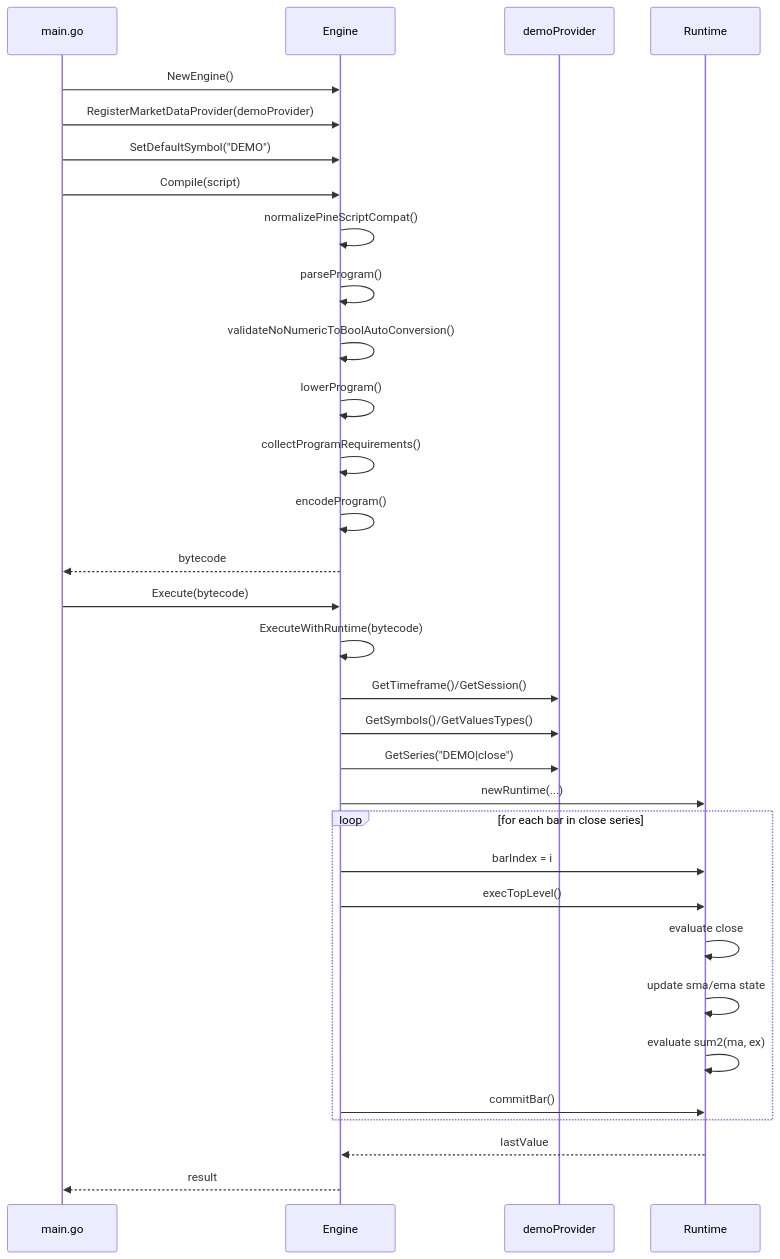
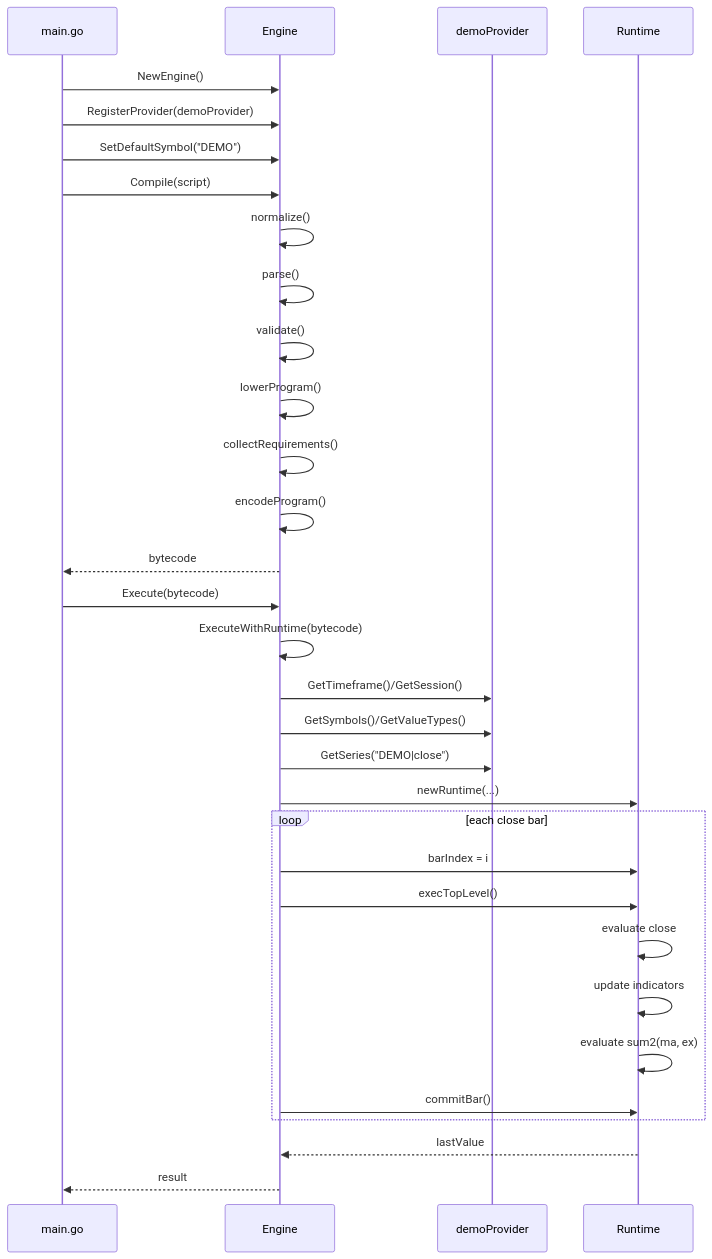
One commit to woodstock-tokyo/pinescription changed the second of 2 diagrams in README.md. Above: the diagram before and after it, drawn with Mermaid. The commit also changed other lines of this file, not shown here.

````diff
--- a/README.md
+++ b/README.md
@@ -232,38 +233,39 @@
 ```mermaid
+%%{init: {"themeVariables": {"fontSize": "12px"}, "sequence": {"diagramMarginX": 20, "diagramMarginY": 10, "messageMargin": 10}} }%%
 sequenceDiagram
 	participant App as main.go
 	participant Eng as Engine
 	participant Prov as demoProvider
 	participant RT as Runtime
 
 	App->>Eng: NewEngine()
-	App->>Eng: RegisterMarketDataProvider(demoProvider)
+	App->>Eng: RegisterProvider(demoProvider)
 	App->>Eng: SetDefaultSymbol("DEMO")
 	App->>Eng: Compile(script)
-	Eng->>Eng: normalizePineScriptCompat()
-	Eng->>Eng: parseProgram()
-	Eng->>Eng: validateNoNumericToBoolAutoConversion()
+	Eng->>Eng: normalize()
+	Eng->>Eng: parse()
+	Eng->>Eng: validate()
 	Eng->>Eng: lowerProgram()
-	Eng->>Eng: collectProgramRequirements()
+	Eng->>Eng: collectRequirements()
 	Eng->>Eng: encodeProgram()
 	Eng-->>App: bytecode
 
 	App->>Eng: Execute(bytecode)
 	Eng->>Eng: ExecuteWithRuntime(bytecode)
 	Eng->>Prov: GetTimeframe()/GetSession()
-	Eng->>Prov: GetSymbols()/GetValuesTypes()
+	Eng->>Prov: GetSymbols()/GetValueTypes()
 	Eng->>Prov: GetSeries("DEMO|close")
 	Eng->>RT: newRuntime(...)
 
-	loop for each bar in close series
+	loop each close bar
 		Eng->>RT: barIndex = i
 		Eng->>RT: execTopLevel()
 		RT->>RT: evaluate close
-		RT->>RT: update sma/ema state
+		RT->>RT: update indicators
 		RT->>RT: evaluate sum2(ma, ex)
 		Eng->>RT: commitBar()
 	end
 
 	RT-->>Eng: lastValue
 	Eng-->>App: result
 ```
````
